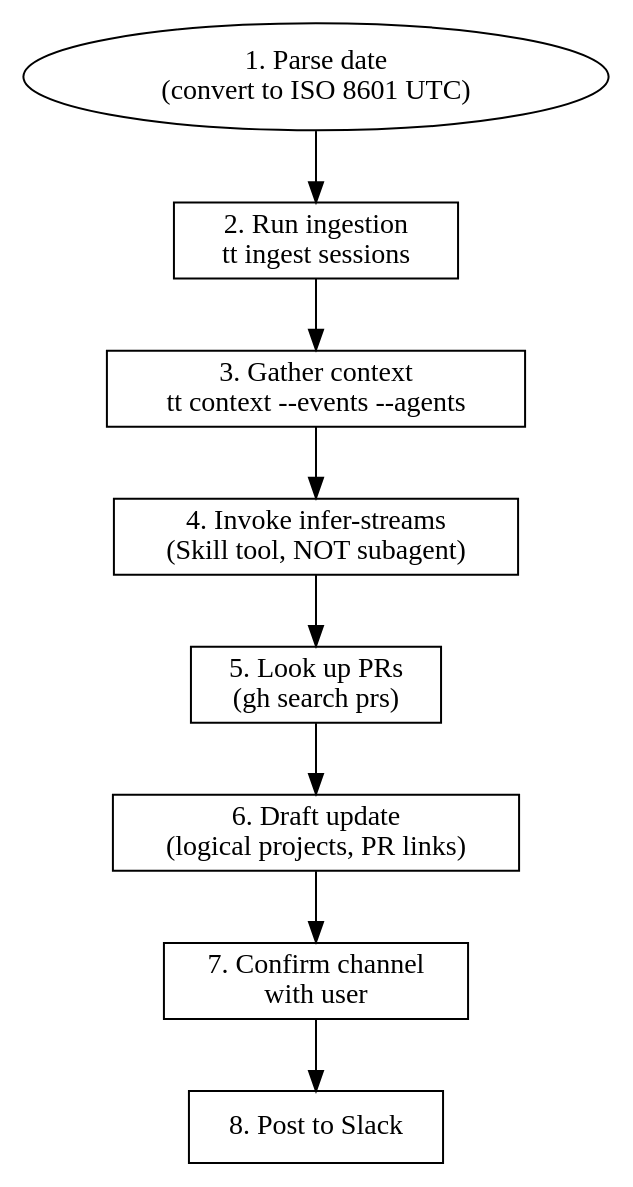
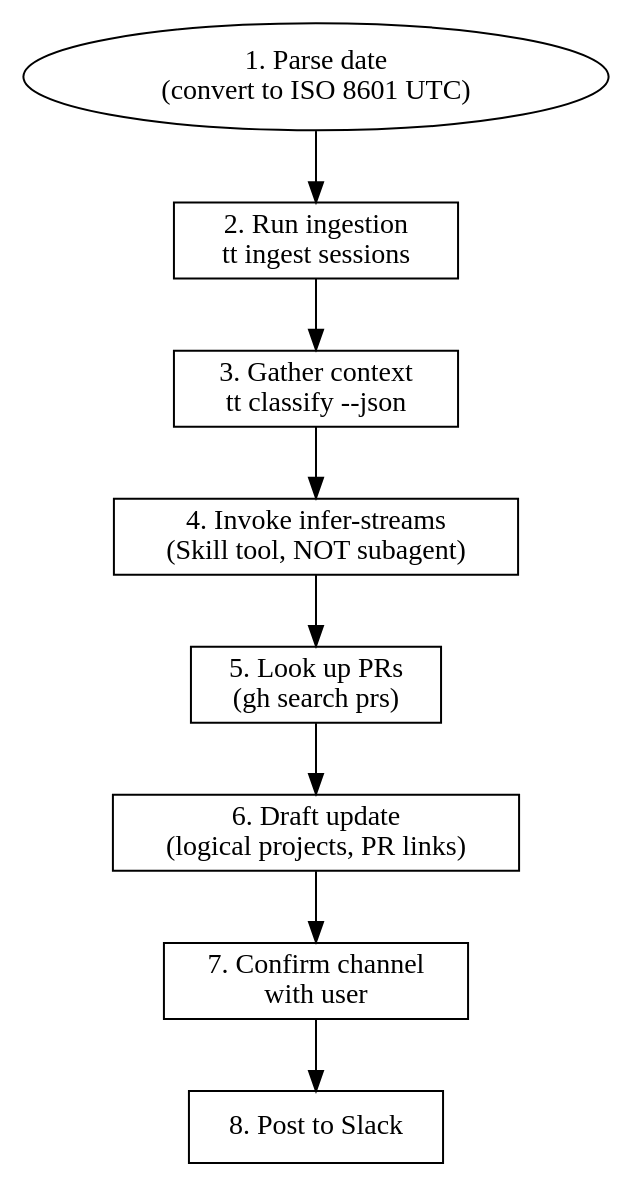
The diagram in .opencode/skills/daily-standup/SKILL.md (sjawhar/time-tracker), drawn with Graphviz before and after one commit. The commit also changed other lines of this file and 30 other files, not shown here.

````diff
--- a/.opencode/skills/daily-standup/SKILL.md
+++ b/.opencode/skills/daily-standup/SKILL.md
@@ -19,17 +19,17 @@
 ```dot
 digraph standup {
   rankdir=TB;
   node [shape=box];
 
   start [label="1. Parse date\n(convert to ISO 8601 UTC)" shape=ellipse];
   ingest [label="2. Run ingestion\ntt ingest sessions"];
-  gather [label="3. Gather context\ntt context --events --agents"];
+  gather [label="3. Gather context\ntt classify --json"];
   analyze [label="4. Invoke infer-streams\n(Skill tool, NOT subagent)"];
   prs [label="5. Look up PRs\n(gh search prs)"];
   draft [label="6. Draft update\n(logical projects, PR links)"];
   confirm [label="7. Confirm channel\nwith user"];
   post [label="8. Post to Slack"];
 
   start -> ingest -> gather -> analyze -> prs -> draft -> confirm -> post;
 }
 ```
````
